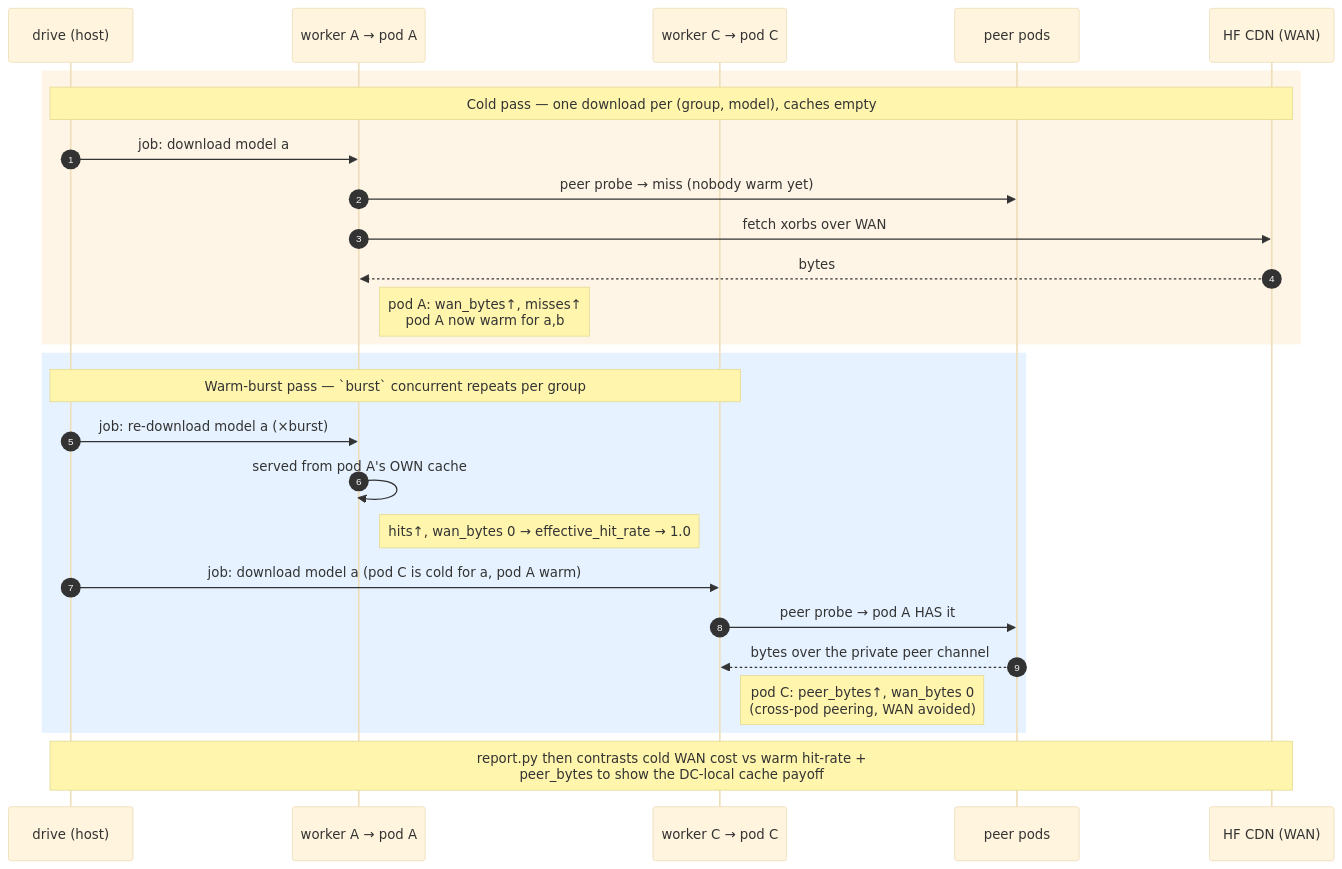
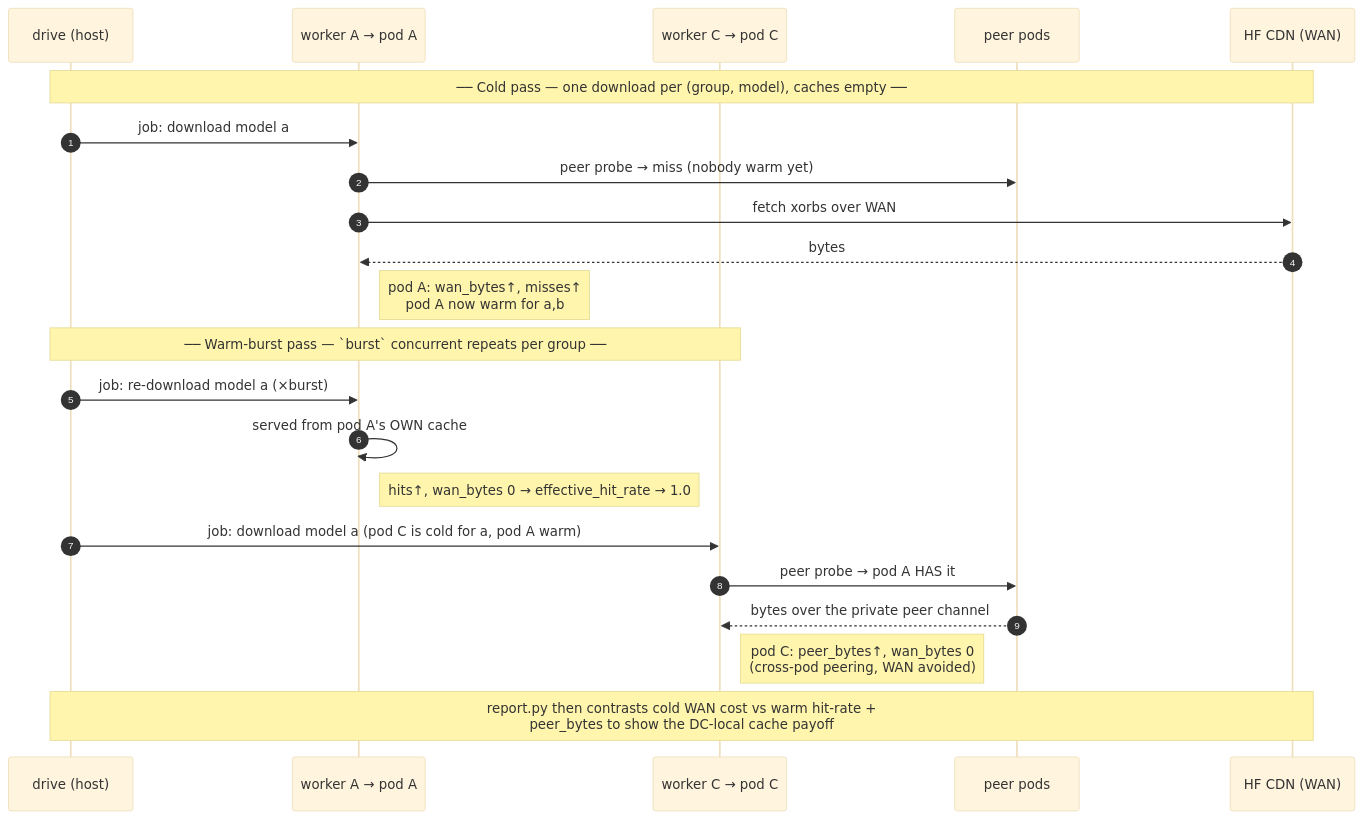
Before and after one commit to deanq/xet-dc-cache: the second of 2 diagrams in runpod_testbed/README.md, drawn with Mermaid (base theme). The commit also changed other lines of this file and 1 other file, not shown here.

Commit message:
docs: fix mermaid diagram contrast for light/dark readability

````diff
--- a/runpod_testbed/README.md
+++ b/runpod_testbed/README.md
@@ -97,32 +97,28 @@
 ```mermaid
 sequenceDiagram
     autonumber
     participant D as drive (host)
     participant WA as worker A → pod A
     participant WC as worker C → pod C
     participant P as peer pods
     participant W as HF CDN (WAN)
 
-    rect rgb(255,245,230)
-    Note over D,W: Cold pass — one download per (group, model), caches empty
+    Note over D,W: ── Cold pass — one download per (group, model), caches empty ──
     D->>WA: job: download model a
     WA->>P: peer probe → miss (nobody warm yet)
     WA->>W: fetch xorbs over WAN
     W-->>WA: bytes
     Note right of WA: pod A: wan_bytes↑, misses↑<br/>pod A now warm for a,b
-    end
 
-    rect rgb(230,242,255)
-    Note over D,WC: Warm-burst pass — `burst` concurrent repeats per group
+    Note over D,WC: ── Warm-burst pass — `burst` concurrent repeats per group ──
     D->>WA: job: re-download model a (×burst)
     WA->>WA: served from pod A's OWN cache
     Note right of WA: hits↑, wan_bytes 0 → effective_hit_rate → 1.0
 
     D->>WC: job: download model a (pod C is cold for a, pod A warm)
     WC->>P: peer probe → pod A HAS it
     P-->>WC: bytes over the private peer channel
     Note right of WC: pod C: peer_bytes↑, wan_bytes 0<br/>(cross-pod peering, WAN avoided)
-    end
 
     Note over D,W: report.py then contrasts cold WAN cost vs warm hit-rate +<br/>peer_bytes to show the DC-local cache payoff
 ```
````
